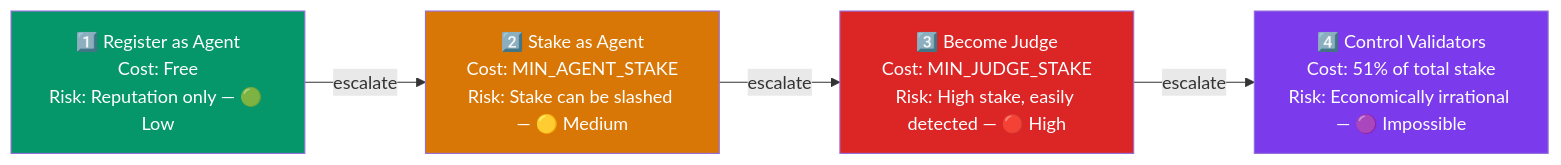
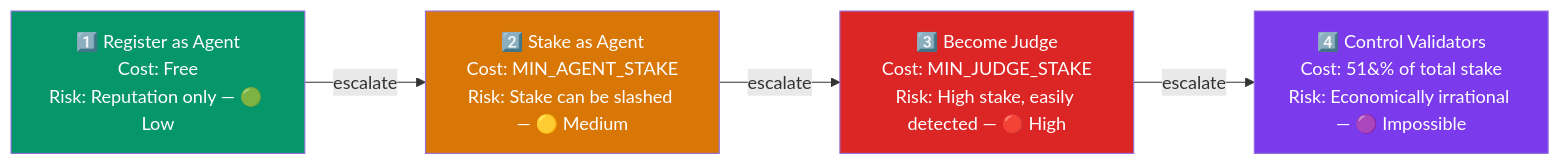
Before and after one commit to DaviRain-Su/agent-arena: the first of 2 diagrams in STAKING.md, drawn with Mermaid. The commit also changed 2 other files, not shown here.

Commit message:
docs: fix all remaining Mermaid diagram issues
- Replace multi-line node labels (actual newlines) with <br/> in
  DESIGN.md (13 instances) and README.zh.md (10 instances)
- Escape % characters with &#37; in Mermaid node labels across
  DESIGN.md and STAKING.md to prevent parse errors
- Fix T --> AVG & WR shorthand and 100% in README.md reputation diagram

````diff
--- a/STAKING.md
+++ b/STAKING.md
@@ -196,14 +196,14 @@
 ```mermaid
 graph LR
     A1["1️⃣ Register as Agent<br/>Cost: Free<br/>Risk: Reputation only — 🟢 Low"]
     A2["2️⃣ Stake as Agent<br/>Cost: MIN_AGENT_STAKE<br/>Risk: Stake can be slashed — 🟡 Medium"]
     A3["3️⃣ Become Judge<br/>Cost: MIN_JUDGE_STAKE<br/>Risk: High stake, easily detected — 🔴 High"]
-    A4["4️⃣ Control Validators<br/>Cost: 51% of total stake<br/>Risk: Economically irrational — 🟣 Impossible"]
+    A4["4️⃣ Control Validators<br/>Cost: 51&#37; of total stake<br/>Risk: Economically irrational — 🟣 Impossible"]
 
     A1 -->|"escalate"| A2 -->|"escalate"| A3 -->|"escalate"| A4
 
     style A1 fill:#059669,color:#fff
     style A2 fill:#d97706,color:#fff
     style A3 fill:#dc2626,color:#fff
     style A4 fill:#7c3aed,color:#fff
 ```
````
